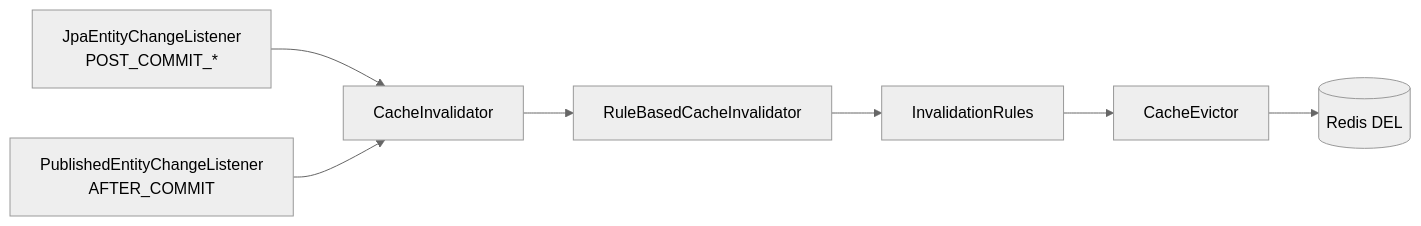
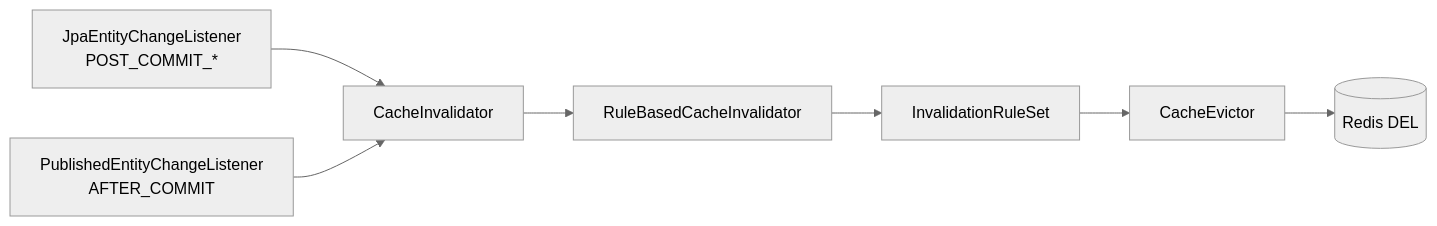
Before and after one commit to gmoon92/toy: the third of 3 diagrams in spring-cache/cache-invalidation-strategy/write-invalidate/README.md, drawn with Mermaid (neutral theme). The commit also changed other lines of this file and 42 other files, not shown here.

````diff
--- a/spring-cache/cache-invalidation-strategy/write-invalidate/README.md
+++ b/spring-cache/cache-invalidation-strategy/write-invalidate/README.md
@@ -93,9 +93,9 @@
 ```mermaid
 flowchart LR
     H["JpaEntityChangeListener<br/>POST_COMMIT_*"] --> S
     P["PublishedEntityChangeListener<br/>AFTER_COMMIT"] --> S
     S["CacheInvalidator"] --> I[RuleBasedCacheInvalidator]
-    I --> RU[InvalidationRules]
+    I --> RU[InvalidationRuleSet]
     RU --> EV[CacheEvictor]
     EV --> C[(Redis DEL)]
 ```
````
